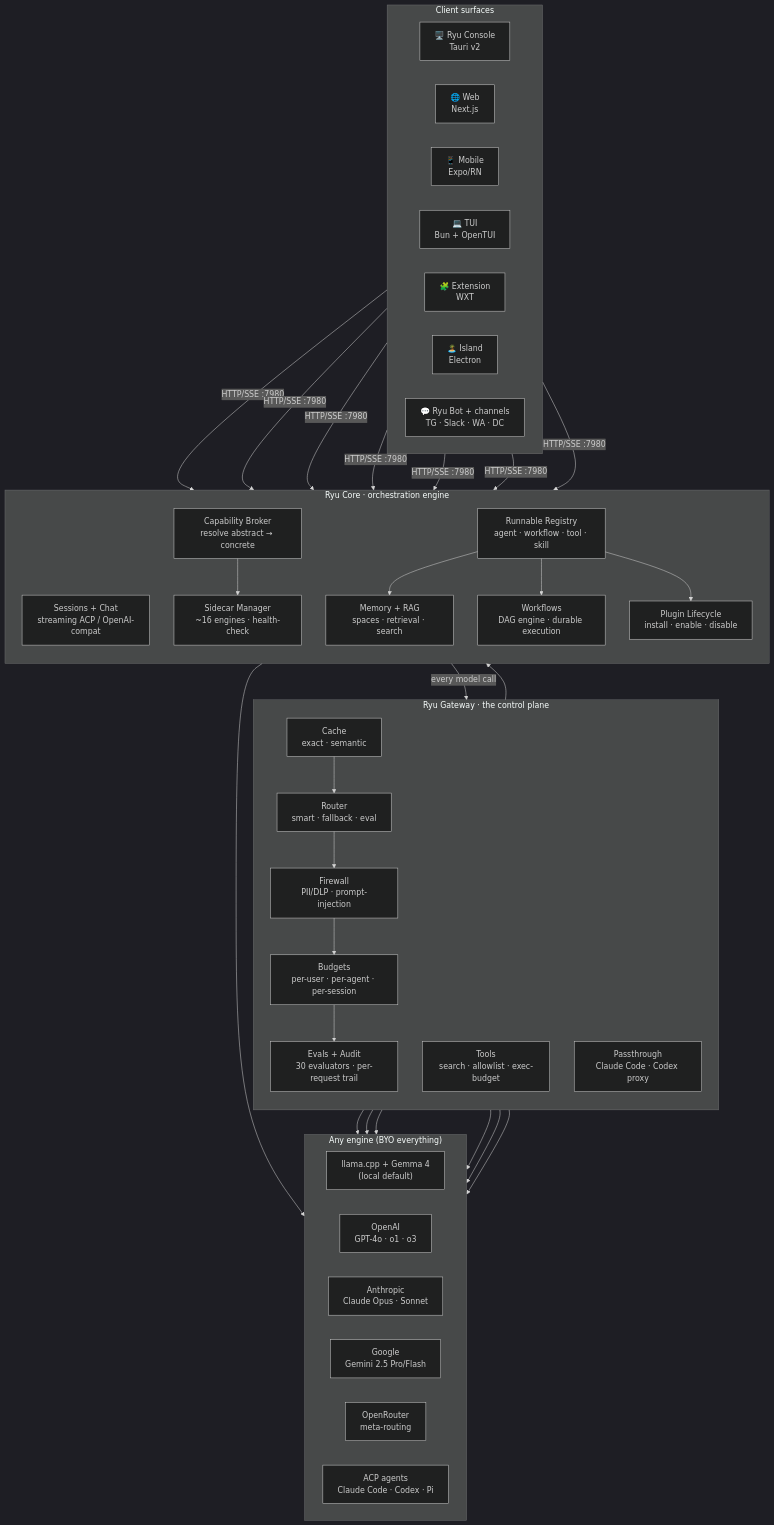
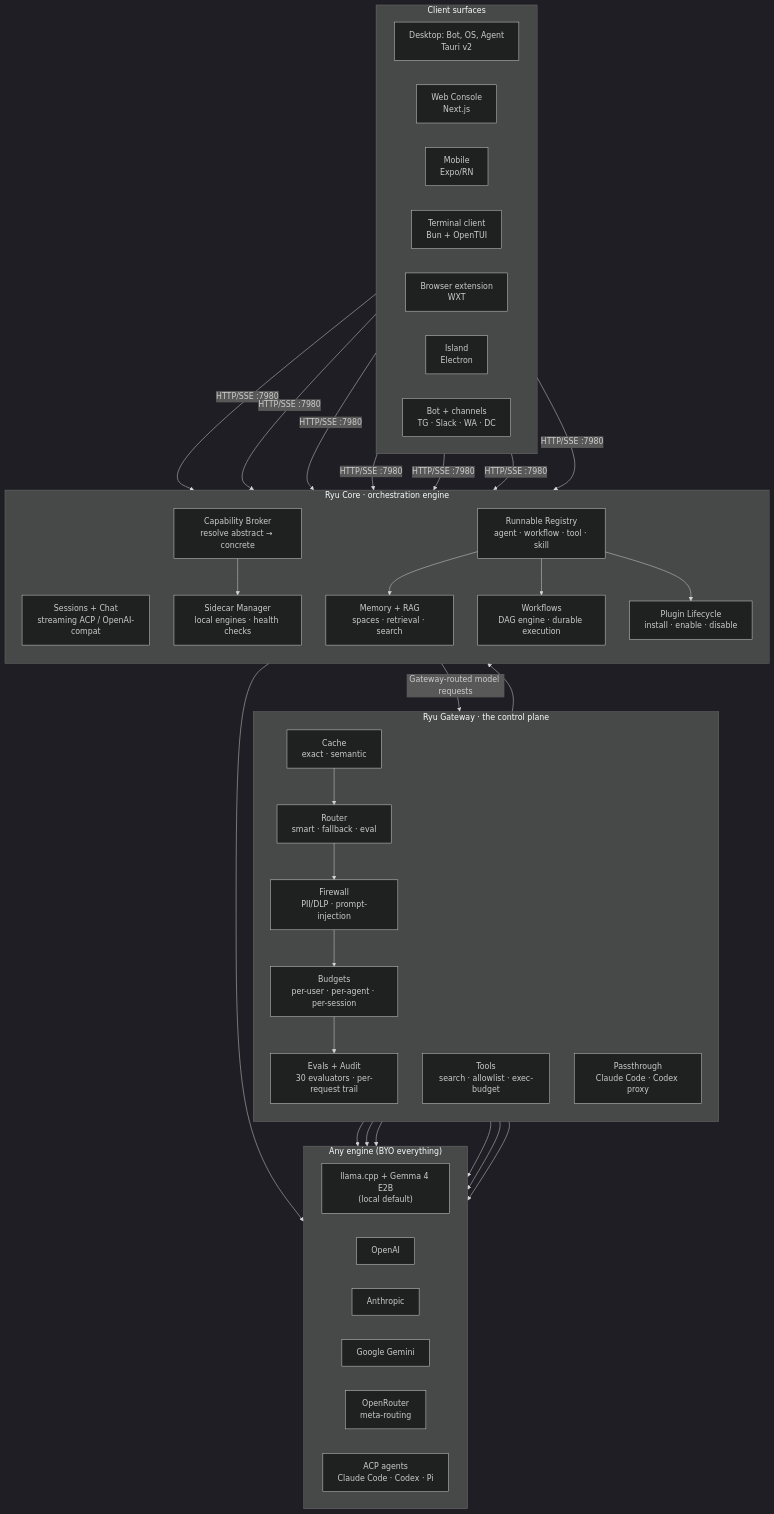
The diagram in content/docs/start-here/architecture/index.mdx (amajorai/ryu-docs), drawn with Mermaid (dark theme) before and after one commit. The commit also changed other lines of this file and 2538 other files, not shown here.

````diff
--- a/content/docs/start-here/architecture/index.mdx
+++ b/content/docs/start-here/architecture/index.mdx
@@ -16,56 +17,56 @@
 ```mermaid
 flowchart TB
   subgraph Surfaces["Client surfaces"]
     direction LR
-    D["🖥️ Ryu Console\nTauri v2"]
-    W["🌐 Web\nNext.js"]
-    M["📱 Mobile\nExpo/RN"]
-    T["💻 TUI\nBun + OpenTUI"]
-    E["🧩 Extension\nWXT"]
-    I["🏝️ Island\nElectron"]
-    B["💬 Ryu Bot + channels\nTG · Slack · WA · DC"]
+    D["Desktop: Bot, OS, Agent\nTauri v2"]
+    W["Web Console\nNext.js"]
+    M["Mobile\nExpo/RN"]
+    T["Terminal client\nBun + OpenTUI"]
+    E["Browser extension\nWXT"]
+    I["Island\nElectron"]
+    B["Bot + channels\nTG · Slack · WA · DC"]
   end
 
   subgraph Gateway["Ryu Gateway · the control plane"]
     direction TB
     GW_R["Router\nsmart · fallback · eval"]
     GW_F["Firewall\nPII/DLP · prompt-injection"]
     GW_B["Budgets\nper-user · per-agent · per-session"]
     GW_E["Evals + Audit\n30 evaluators · per-request trail"]
     GW_C["Cache\nexact · semantic"]
     GW_T["Tools\nsearch · allowlist · exec-budget"]
     GW_P["Passthrough\nClaude Code · Codex proxy"]
   end
 
   subgraph Core["Ryu Core · orchestration engine"]
     direction TB
     CR_S["Sessions + Chat\nstreaming ACP / OpenAI-compat"]
     CR_R["Runnable Registry\nagent · workflow · tool · skill"]
     CR_M["Memory + RAG\nspaces · retrieval · search"]
     CR_W["Workflows\nDAG engine · durable execution"]
-    CR_SC["Sidecar Manager\n~16 engines · health-check"]
+    CR_SC["Sidecar Manager\nlocal engines · health checks"]
     CR_PL["Plugin Lifecycle\ninstall · enable · disable"]
     CR_CB["Capability Broker\nresolve abstract → concrete"]
   end
 
   subgraph Engines["Any engine (BYO everything)"]
     direction LR
-    EN_L["llama.cpp + Gemma 4\n(local default)"]
-    EN_O["OpenAI\nGPT-4o · o1 · o3"]
-    EN_A["Anthropic\nClaude Opus · Sonnet"]
-    EN_G["Google\nGemini 2.5 Pro/Flash"]
+    EN_L["llama.cpp + Gemma 4 E2B\n(local default)"]
+    EN_O["OpenAI"]
+    EN_A["Anthropic"]
+    EN_G["Google Gemini"]
     EN_OR["OpenRouter\nmeta-routing"]
     EN_ACP["ACP agents\nClaude Code · Codex · Pi"]
   end
 
   D & W & M & T & E & I & B -->|"HTTP/SSE :7980"| CR_S
-  CR_S -->|"every model call"| GW_R
+  CR_S -->|"Gateway-routed model requests"| GW_R
   GW_R --> GW_F --> GW_B --> GW_E
   GW_C --> GW_R
   GW_T --> CR_R
   GW_P --> EN_ACP
   GW_E --> EN_L & EN_O & EN_A & EN_G & EN_OR
   CR_SC --> EN_L
   CR_CB --> CR_SC
   CR_R --> CR_M & CR_W & CR_PL
 ```
````
